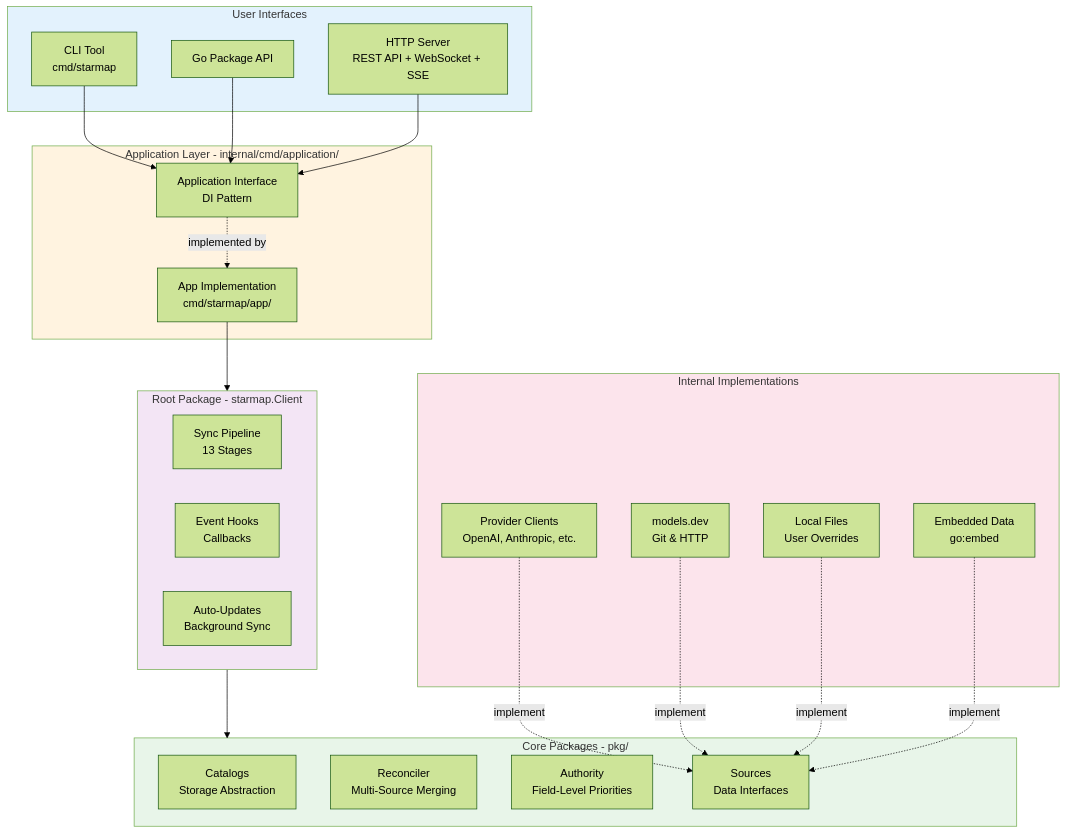
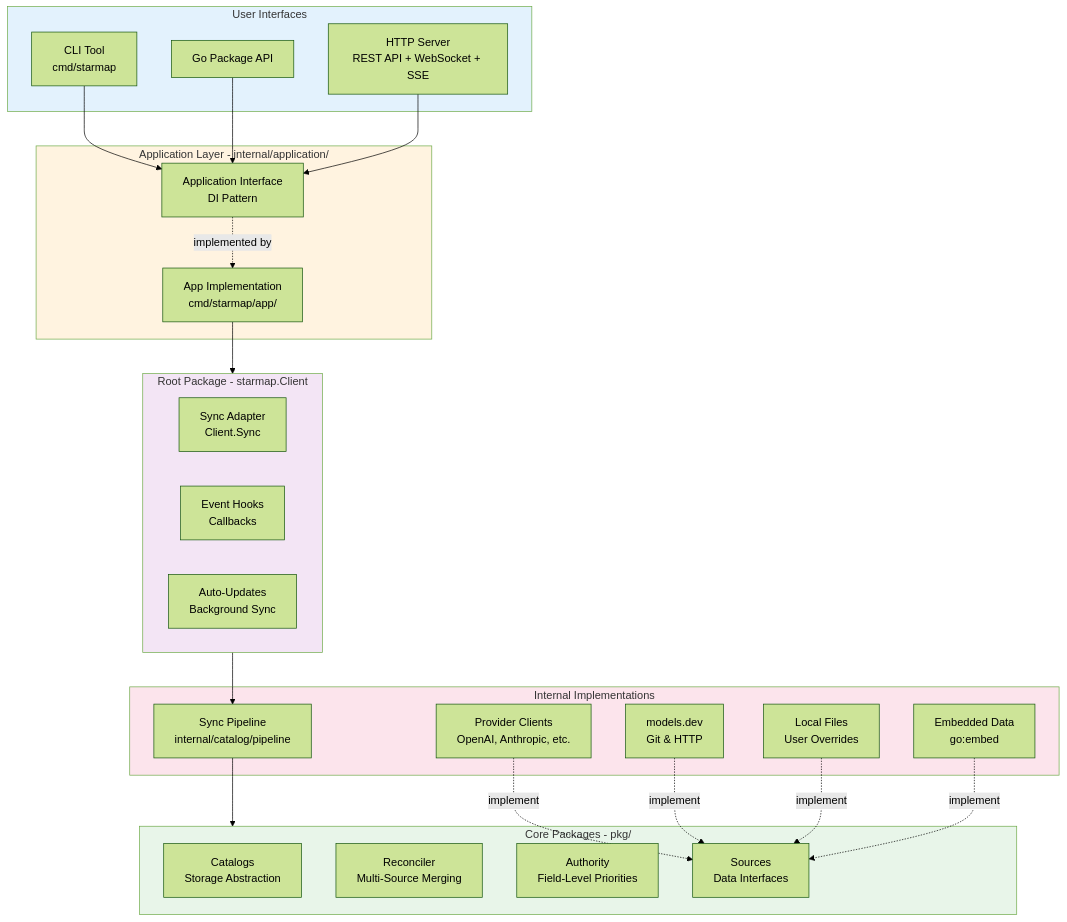
One commit to agentstation/starmap changed the first of 8 diagrams in docs/ARCHITECTURE.md. Above: the diagram before and after it, drawn with Mermaid (forest theme). The commit also changed other lines of this file and 541 other files, not shown here.

````diff
--- a/docs/ARCHITECTURE.md
+++ b/docs/ARCHITECTURE.md
@@ -36,47 +37,49 @@
 ```mermaid
 graph TB
     subgraph UI["User Interfaces"]
         CLI[CLI Tool<br/>cmd/starmap]
         GO[Go Package API]
         HTTP[HTTP Server<br/>REST API + WebSocket + SSE]
     end
 
-    subgraph APP["Application Layer - internal/cmd/application/"]
+    subgraph APP["Application Layer - internal/application/"]
         APPIF[Application Interface<br/>DI Pattern]
         APPIMPL[App Implementation<br/>cmd/starmap/app/]
     end
 
     subgraph ROOT["Root Package - starmap.Client"]
-        SYNC[Sync Pipeline<br/>13 Stages]
+        SYNC[Sync Adapter<br/>Client.Sync]
         HOOKS[Event Hooks<br/>Callbacks]
         AUTO[Auto-Updates<br/>Background Sync]
     end
 
     subgraph CORE["Core Packages - pkg/"]
         CAT[Catalogs<br/>Storage Abstraction]
         REC[Reconciler<br/>Multi-Source Merging]
         AUTH[Authority<br/>Field-Level Priorities]
         SOURCES[Sources<br/>Data Interfaces]
     end
 
     subgraph IMPL["Internal Implementations"]
+        PIPE[Sync Pipeline<br/>internal/catalog/pipeline]
         EMBED[Embedded Data<br/>go:embed]
         PROVS[Provider Clients<br/>OpenAI, Anthropic, etc.]
         MODELS[models.dev<br/>Git & HTTP]
         LOCAL[Local Files<br/>User Overrides]
     end
 
     CLI --> APPIF
     GO --> APPIF
     HTTP --> APPIF
     APPIF -.implemented by.-> APPIMPL
     APPIMPL --> ROOT
-    ROOT --> CORE
+    ROOT --> PIPE
+    PIPE --> CORE
     PROVS & MODELS & LOCAL & EMBED -.implement.-> SOURCES
 
     style UI fill:#e3f2fd
     style APP fill:#fff3e0
     style ROOT fill:#f3e5f5
     style CORE fill:#e8f5e9
     style IMPL fill:#fce4ec
 ```
````
